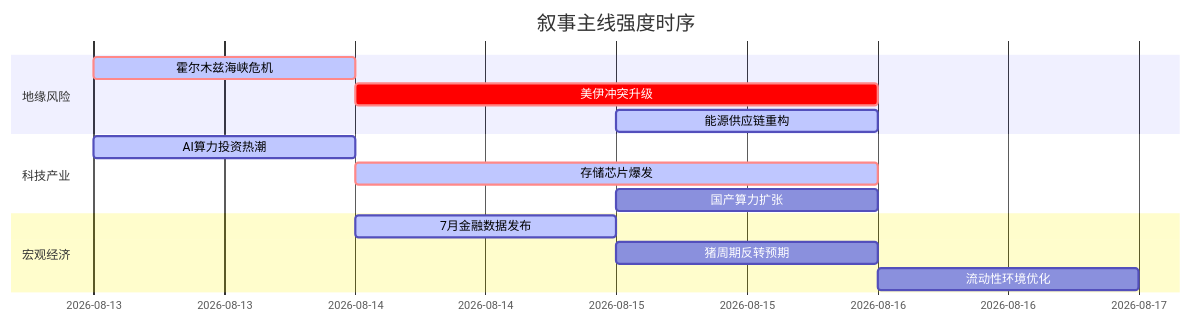
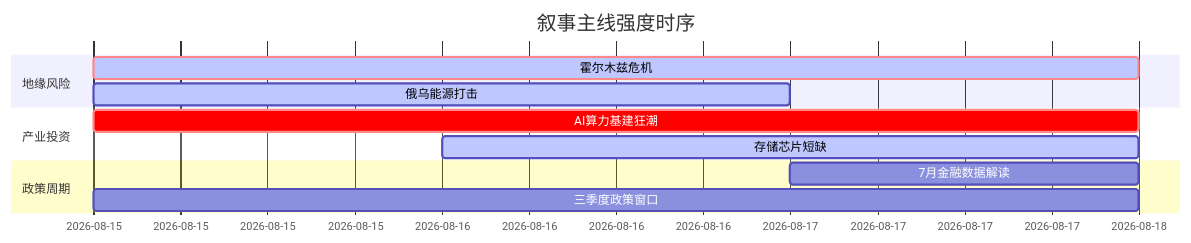
Before and after one commit to uu5zn/uu5zn.github.io: the diagram in 5day_report.md, drawn with Mermaid. The commit also changed other lines of this file and 21 other files, not shown here.

````diff
--- a/5day_report.md
+++ b/5day_report.md
@@ -58,19 +56,16 @@
 ```mermaid
 gantt
     title 叙事主线强度时序
     dateFormat YYYY-MM-DD
     section 地缘风险
-    霍尔木兹海峡危机   :crit, active, 2026-08-13, 1d
-    美伊冲突升级       :crit, 2026-08-14, 2d
-    能源供应链重构     :active, 2026-08-15, 1d
+    霍尔木兹危机    :crit, active, 2026-08-15, 3d
+    俄乌能源打击    :active, 2026-08-15, 2d
     
-    section 科技产业
-    AI算力投资热潮     :active, 2026-08-13, 1d
-    存储芯片爆发       :crit, active, 2026-08-14, 2d
-    国产算力扩张       :2026-08-15, 1d
+    section 产业投资
+    AI算力基建狂潮  :crit, 2026-08-15, 3d
+    存储芯片短缺    :active, 2026-08-16, 2d
     
-    section 宏观经济
-    7月金融数据发布    :active, 2026-08-14, 1d
-    猪周期反转预期     :2026-08-15, 1d
-    流动性环境优化     :2026-08-16, 1d
+    section 政策周期
+    7月金融数据解读  :2026-08-17, 1d
+    三季度政策窗口   :2026-08-15, 3d
 ```
````
